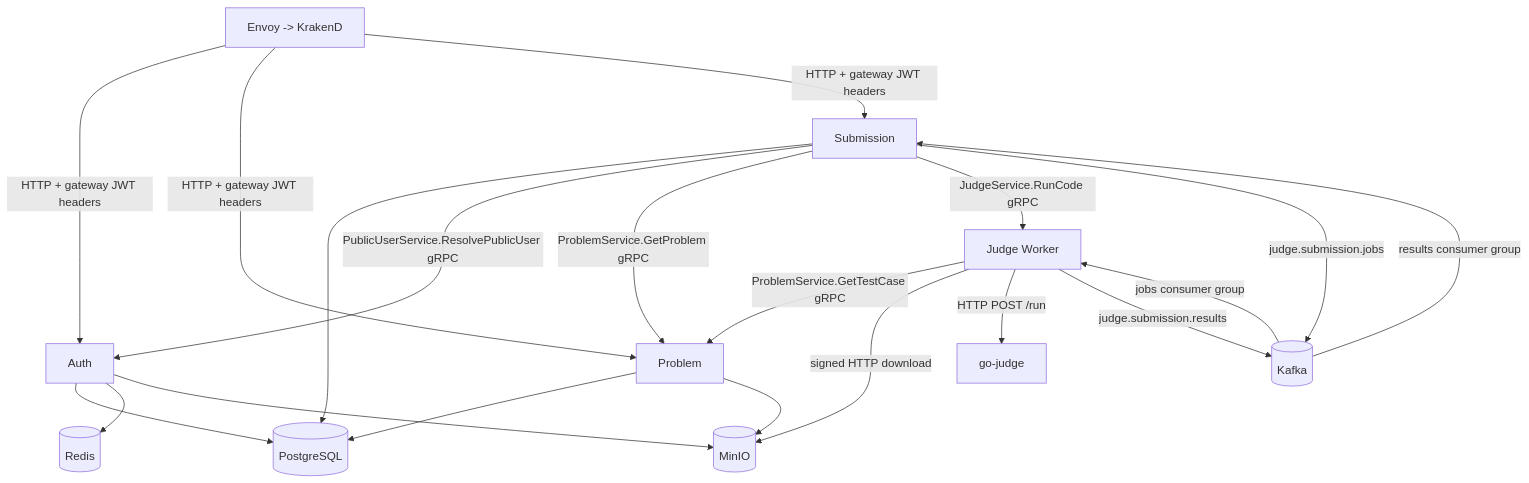
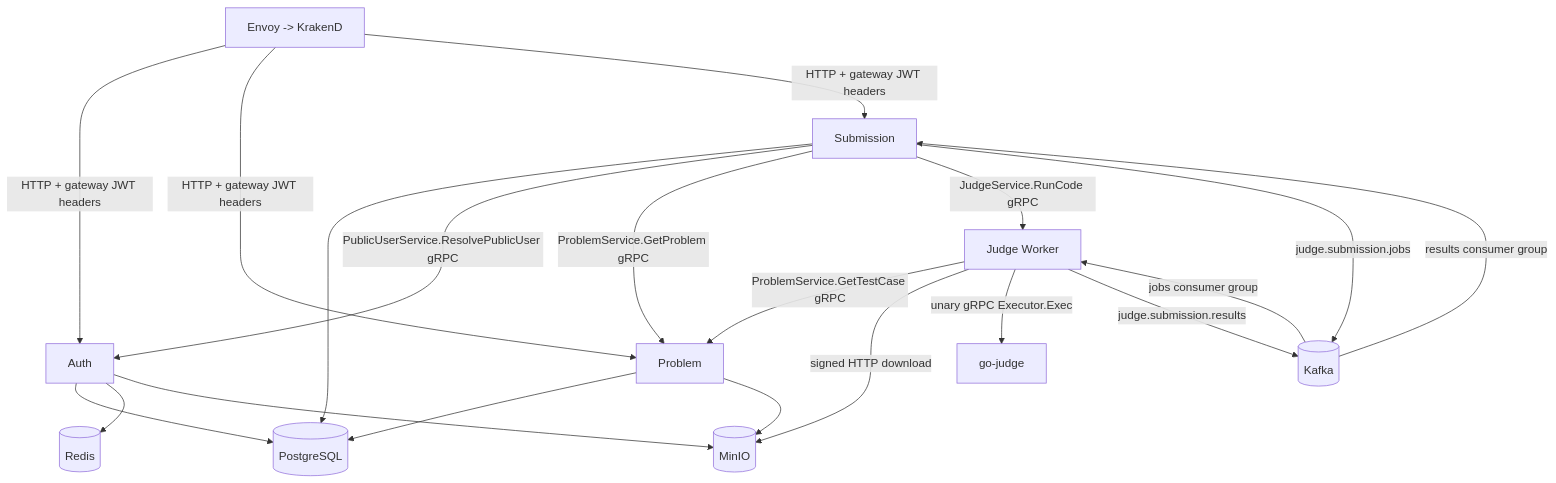
The diagram in docs/codebase/ARCHITECTURE.md (nvawntien/go-judge-system), drawn with Mermaid before and after one commit. The commit also changed other lines of this file and 16 other files, not shown here.

````diff
--- a/docs/codebase/ARCHITECTURE.md
+++ b/docs/codebase/ARCHITECTURE.md
@@ -16,27 +16,27 @@
 ```mermaid
 flowchart TB
   gateway[Envoy -> KrakenD]
   auth[Auth]
   problem[Problem]
   submission[Submission]
   worker[Judge Worker]
   pg[(PostgreSQL)]
   redis[(Redis)]
   minio[(MinIO)]
   kafka[(Kafka)]
   executor[go-judge]
   gateway -->|HTTP + gateway JWT headers| auth & problem & submission
   auth --> pg & redis & minio
   problem --> pg & minio
   submission --> pg
   submission -->|PublicUserService.ResolvePublicUser gRPC| auth
   submission -->|ProblemService.GetProblem gRPC| problem
   submission -->|JudgeService.RunCode gRPC| worker
   submission -->|judge.submission.jobs| kafka
   kafka -->|jobs consumer group| worker
   worker -->|ProblemService.GetTestCase gRPC| problem
   worker -->|signed HTTP download| minio
-  worker -->|HTTP POST /run| executor
+  worker -->|unary gRPC Executor.Exec| executor
   worker -->|judge.submission.results| kafka
   kafka -->|results consumer group| submission
 ```
````
